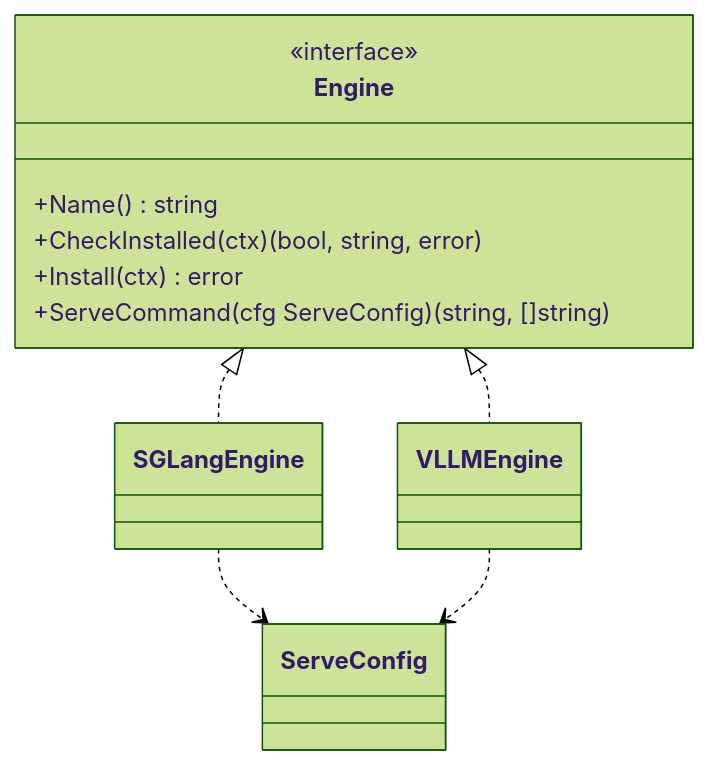
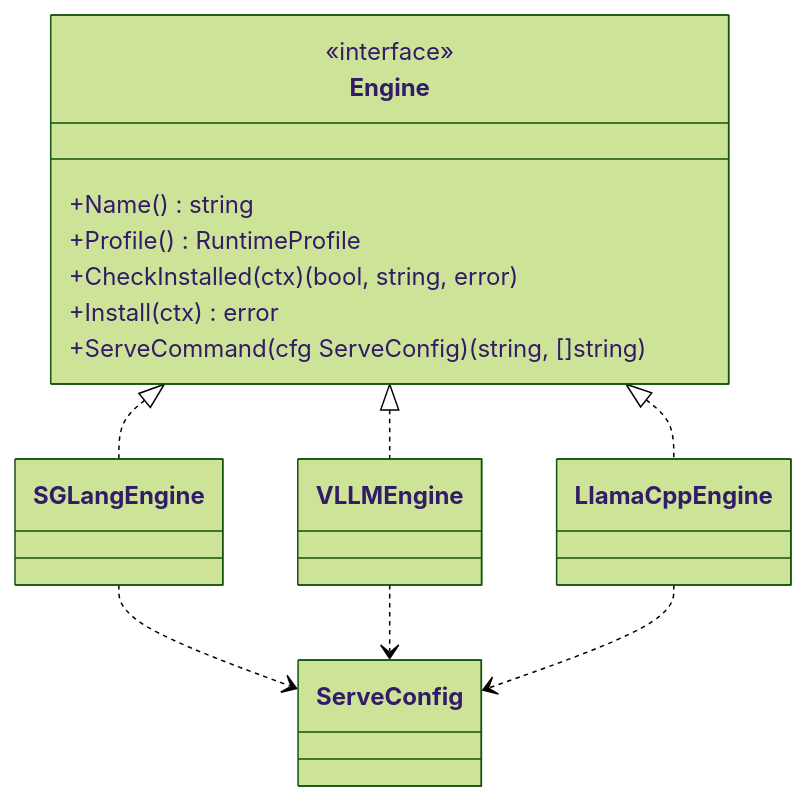
The third of 5 diagrams in docs/ARCHITECTURE.md (svngoku/hermes-cli), drawn with Mermaid (forest theme) before and after one commit. The commit also changed other lines of this file and 34 other files, not shown here.

First line of the commit message:
feat: add llama.cpp and guided setup

````diff
--- a/docs/ARCHITECTURE.md
+++ b/docs/ARCHITECTURE.md
@@ -87,16 +90,20 @@
 ```mermaid
 classDiagram
     class Engine {
         <<interface>>
         +Name() string
+        +Profile() RuntimeProfile
         +CheckInstalled(ctx) (bool, string, error)
         +Install(ctx) error
         +ServeCommand(cfg ServeConfig) (string, []string)
     }
     class SGLangEngine
     class VLLMEngine
+    class LlamaCppEngine
     Engine <|.. SGLangEngine
     Engine <|.. VLLMEngine
+    Engine <|.. LlamaCppEngine
     SGLangEngine ..> ServeConfig
     VLLMEngine ..> ServeConfig
+    LlamaCppEngine ..> ServeConfig
 ```
````
